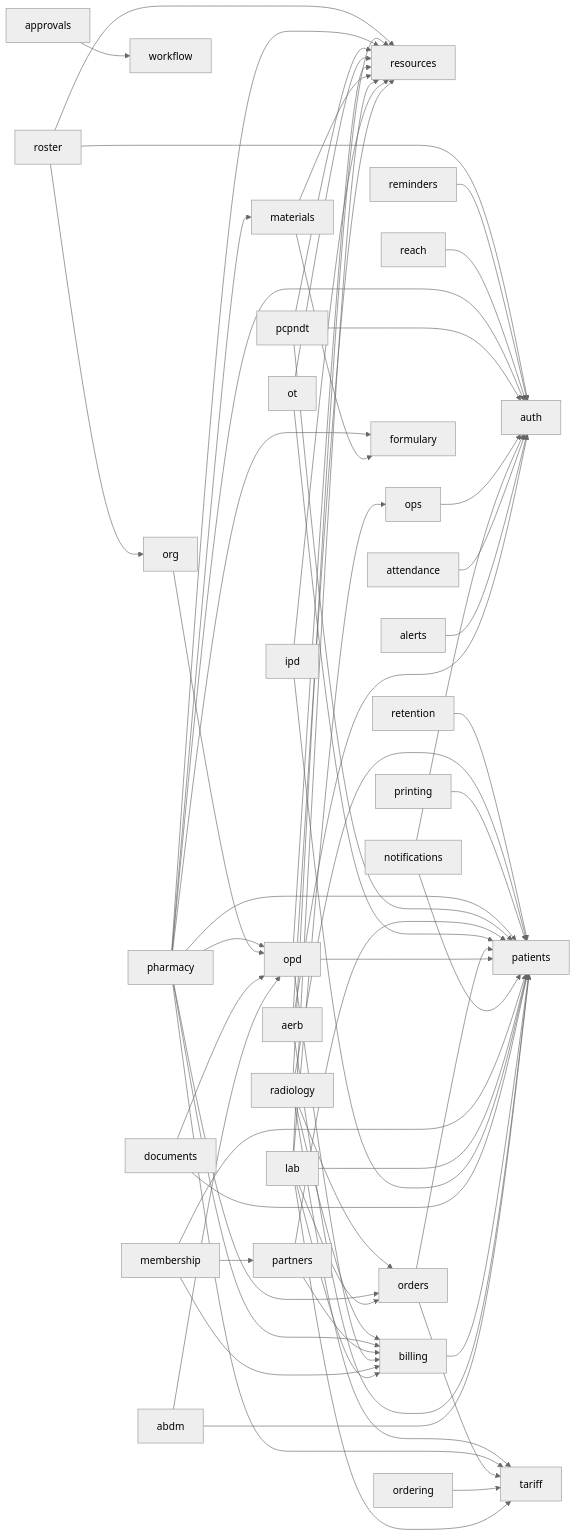
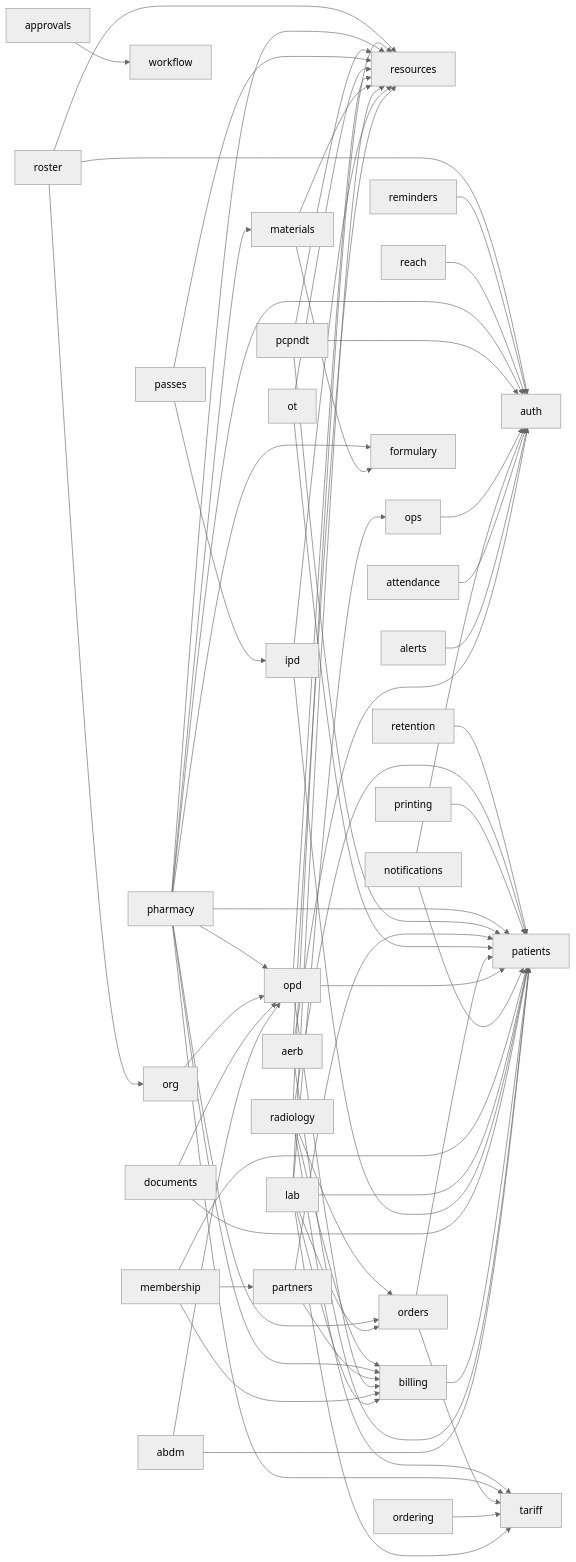
Before and after one commit to ankits3a/hims-hmis: the diagram in docs/architecture/schema.md, drawn with Mermaid (neutral theme). The commit also changed other lines of this file and 11 other files, not shown here.

````diff
--- a/docs/architecture/schema.md
+++ b/docs/architecture/schema.md
@@ -13,65 +13,67 @@
 ```mermaid
 flowchart LR
   abdm[abdm] --> opd[opd]
   abdm[abdm] --> patients[patients]
   aerb[aerb] --> auth[auth]
   aerb[aerb] --> patients[patients]
   aerb[aerb] --> resources[resources]
   alerts[alerts] --> auth[auth]
   approvals[approvals] --> workflow[workflow]
   attendance[attendance] --> auth[auth]
   billing[billing] --> patients[patients]
   documents[documents] --> opd[opd]
   documents[documents] --> patients[patients]
   ipd[ipd] --> patients[patients]
   ipd[ipd] --> resources[resources]
   lab[lab] --> billing[billing]
   lab[lab] --> ops[ops]
   lab[lab] --> orders[orders]
   lab[lab] --> patients[patients]
   lab[lab] --> resources[resources]
   lab[lab] --> tariff[tariff]
   materials[materials] --> formulary[formulary]
   materials[materials] --> resources[resources]
   membership[membership] --> billing[billing]
   membership[membership] --> partners[partners]
   membership[membership] --> patients[patients]
   notifications[notifications] --> auth[auth]
   notifications[notifications] --> patients[patients]
   opd[opd] --> billing[billing]
   opd[opd] --> patients[patients]
   opd[opd] --> resources[resources]
   ops[ops] --> auth[auth]
   ordering[ordering] --> tariff[tariff]
   orders[orders] --> patients[patients]
   orders[orders] --> tariff[tariff]
   org[org] --> opd[opd]
   ot[ot] --> patients[patients]
   ot[ot] --> resources[resources]
   partners[partners] --> billing[billing]
   partners[partners] --> patients[patients]
+  passes[passes] --> ipd[ipd]
+  passes[passes] --> resources[resources]
   pcpndt[pcpndt] --> auth[auth]
   pcpndt[pcpndt] --> patients[patients]
   pcpndt[pcpndt] --> resources[resources]
   pharmacy[pharmacy] --> auth[auth]
   pharmacy[pharmacy] --> billing[billing]
   pharmacy[pharmacy] --> formulary[formulary]
   pharmacy[pharmacy] --> materials[materials]
   pharmacy[pharmacy] --> opd[opd]
   pharmacy[pharmacy] --> orders[orders]
   pharmacy[pharmacy] --> patients[patients]
   pharmacy[pharmacy] --> resources[resources]
   pharmacy[pharmacy] --> tariff[tariff]
   printing[printing] --> patients[patients]
   radiology[radiology] --> billing[billing]
   radiology[radiology] --> orders[orders]
   radiology[radiology] --> patients[patients]
   radiology[radiology] --> resources[resources]
   radiology[radiology] --> tariff[tariff]
   reach[reach] --> auth[auth]
   reminders[reminders] --> auth[auth]
   retention[retention] --> patients[patients]
   roster[roster] --> auth[auth]
   roster[roster] --> org[org]
   roster[roster] --> resources[resources]
 ```
````
